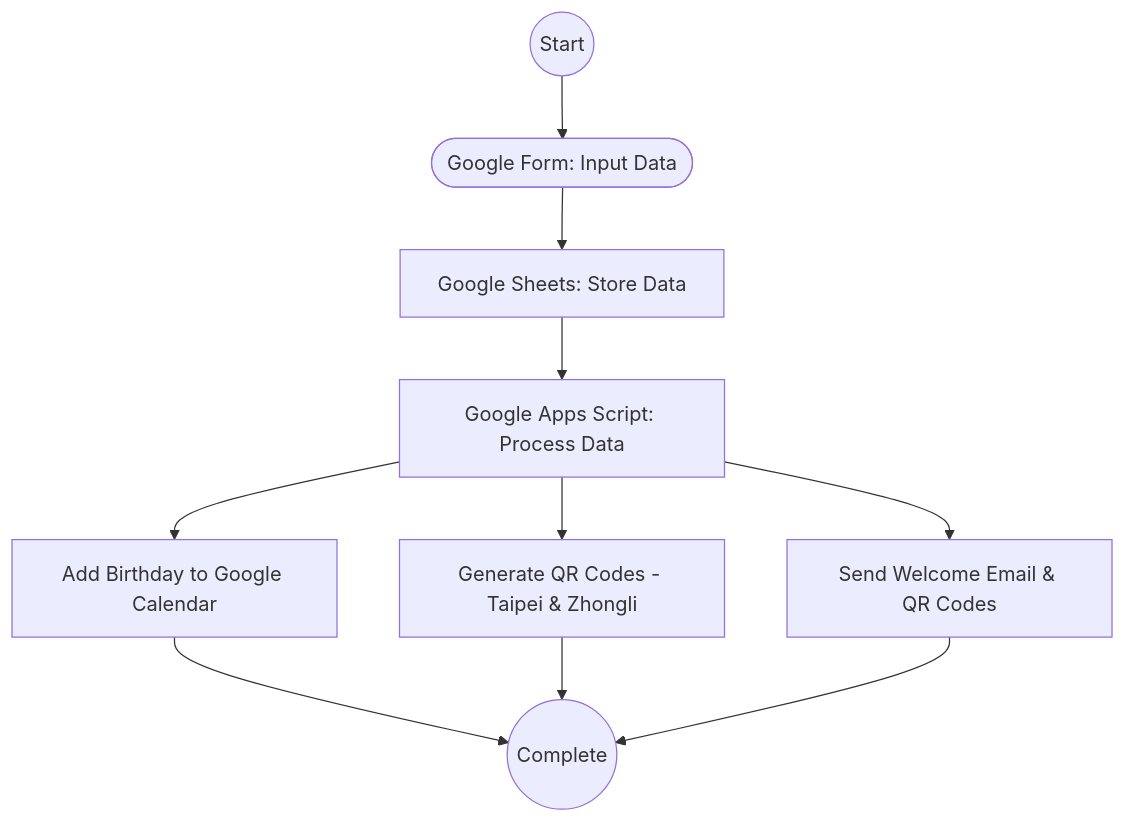
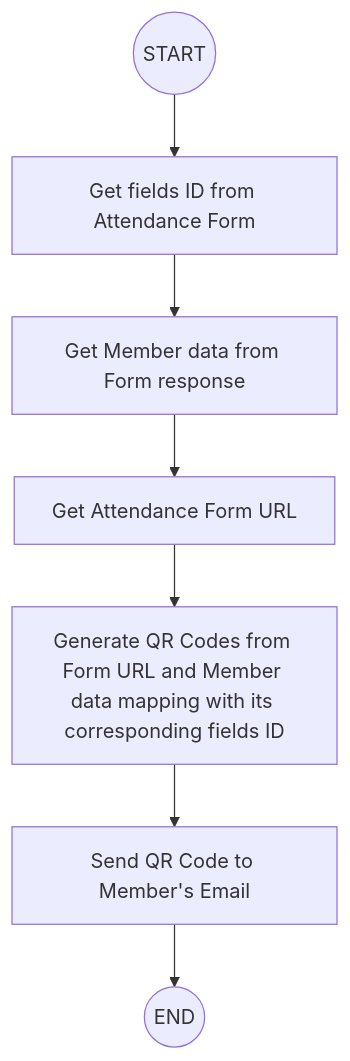
Before and after one commit to ijosh-ch/church-member-management: the sixth of 6 diagrams in README.md, drawn with Mermaid. The commit also changed other lines of this file, not shown here.

Commit message:
📊 Add comprehensive workflow diagrams and system documentation

````diff
--- a/README.md
+++ b/README.md
@@ -340,12 +154,10 @@
 ```mermaid
 flowchart TD
-    A((Start)) --> B([Google Form: Input Data])
-    B --> C[Google Sheets: Store Data]
-    C --> D[Google Apps Script: Process Data]
-    D --> E[Add Birthday to Google Calendar]
-    D --> F[Generate QR Codes - Taipei & Zhongli]
-    D --> G[Send Welcome Email & QR Codes]
-    E --> H((Complete))
-    F --> H
-    G --> H
+
+start((START)) --> getFieldsID[Get fields ID from Attendance Form]
+getFieldsID --> getMember[Get Member data from Form response]
+getMember --> getFormURL[Get Attendance Form URL]
+getFormURL --> createQrCode[Generate QR Codes from Form URL and Member data mapping with its corresponding fields ID]
+createQrCode --> sendEmail[Send QR Code to Member's Email]
+sendEmail --> END((END))
 ```
````
